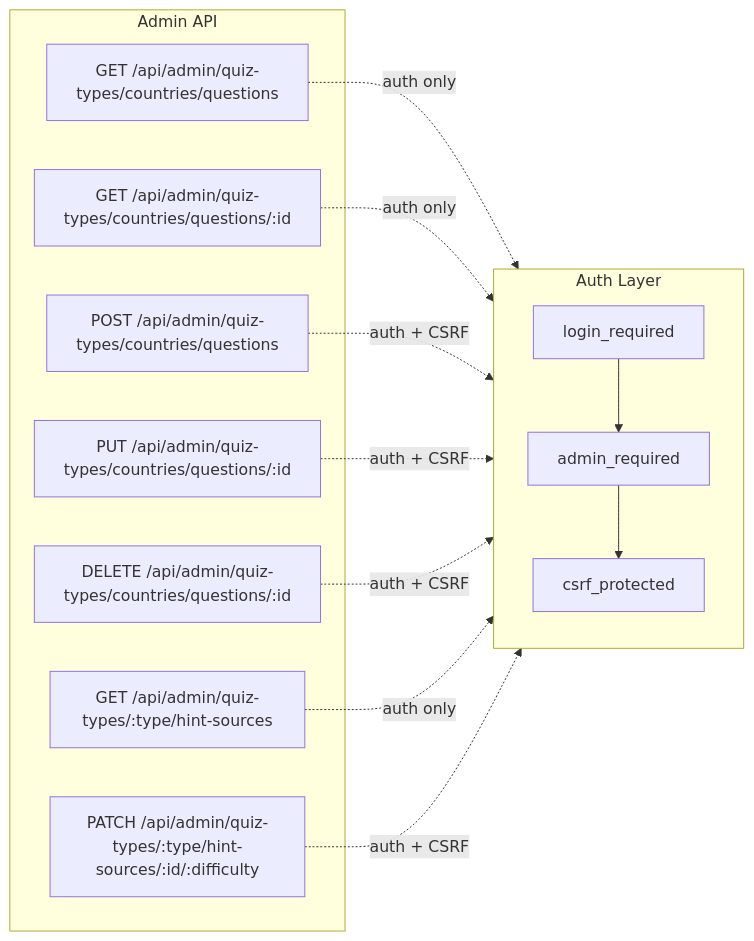
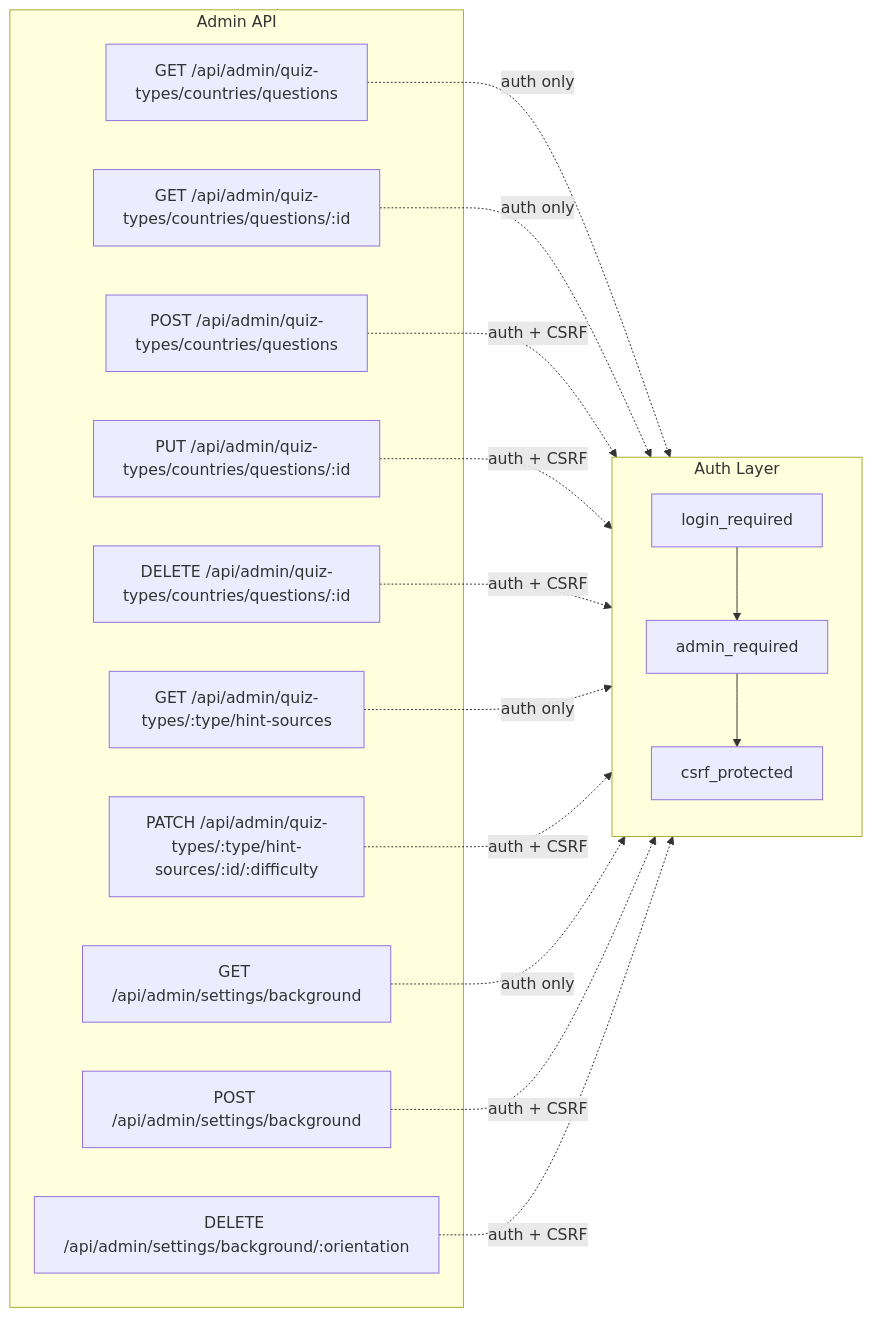
The second of 2 diagrams in docs/admin_page.md (fylke/quizzler), drawn with Mermaid before and after one commit. The commit also changed other lines of this file and 13 other files, not shown here.

Commit message:
Add portrait and landscape app background configuration in admin panel

````diff
--- a/docs/admin_page.md
+++ b/docs/admin_page.md
@@ -34,26 +34,32 @@
 ```mermaid
 flowchart LR
     subgraph Auth["Auth Layer"]
         direction TB
         A1[login_required] --> A2[admin_required]
         A2 --> A3[csrf_protected]
     end
 
     subgraph Endpoints["Admin API"]
         GET_LIST["GET /api/admin/quiz-types/countries/questions"]
         GET_ONE["GET /api/admin/quiz-types/countries/questions/:id"]
         POST["POST /api/admin/quiz-types/countries/questions"]
         PUT["PUT /api/admin/quiz-types/countries/questions/:id"]
         DELETE["DELETE /api/admin/quiz-types/countries/questions/:id"]
         REVIEW_LIST["GET /api/admin/quiz-types/:type/hint-sources"]
         REVIEW_WRITE["PATCH /api/admin/quiz-types/:type/hint-sources/:id/:difficulty"]
+        BG_GET["GET /api/admin/settings/background"]
+        BG_POST["POST /api/admin/settings/background"]
+        BG_DELETE["DELETE /api/admin/settings/background/:orientation"]
     end
 
     GET_LIST -.->|"auth only"| A2
     GET_ONE -.->|"auth only"| A2
     POST -.->|"auth + CSRF"| A3
     PUT -.->|"auth + CSRF"| A3
     DELETE -.->|"auth + CSRF"| A3
     REVIEW_LIST -.->|"auth only"| A2
     REVIEW_WRITE -.->|"auth + CSRF"| A3
+    BG_GET -.->|"auth only"| A2
+    BG_POST -.->|"auth + CSRF"| A3
+    BG_DELETE -.->|"auth + CSRF"| A3
 ```
````
